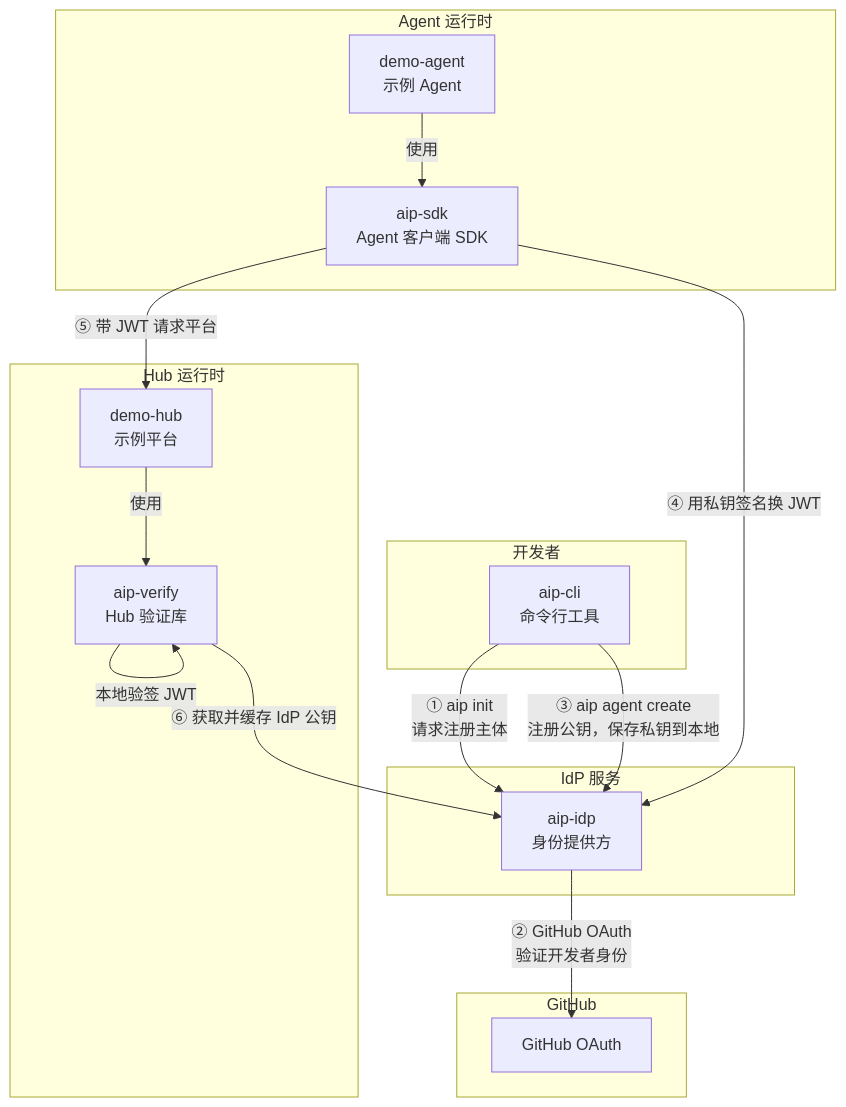
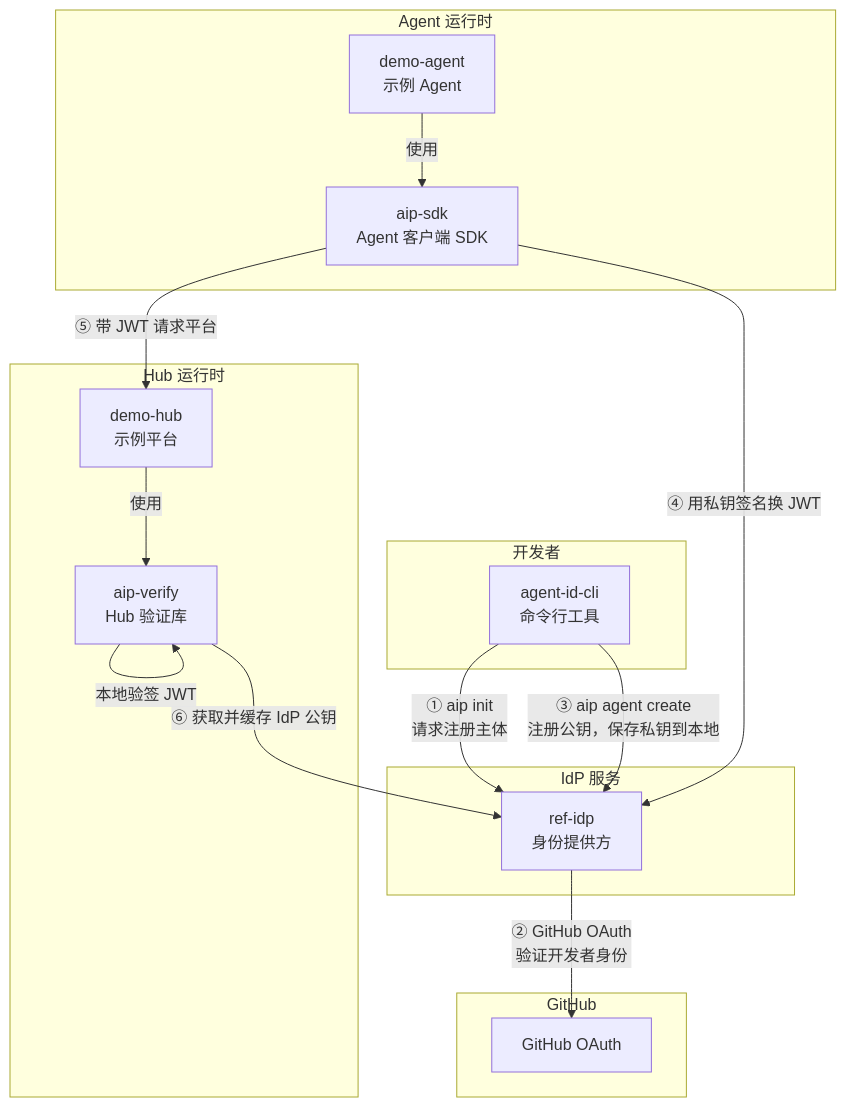
The eighth of 9 diagrams in README.md (agentscope-ai/agent-identity), drawn with Mermaid before and after one commit. The commit also changed other lines of this file and 67 other files, not shown here.

````diff
--- a/README.md
+++ b/README.md
@@ -265,36 +265,36 @@
 ```mermaid
 graph TB
     subgraph 开发者
-        CLI["aip-cli<br/>命令行工具"]
+        CLI["agent-id-cli<br/>命令行工具"]
     end
 
     subgraph IdP 服务
-        IDP["aip-idp<br/>身份提供方"]
+        IDP["ref-idp<br/>身份提供方"]
     end
 
     subgraph GitHub
         GH["GitHub OAuth"]
     end
 
     subgraph Agent 运行时
         SDK["aip-sdk<br/>Agent 客户端 SDK"]
         AGENT["demo-agent<br/>示例 Agent"]
     end
 
     subgraph Hub 运行时
         VERIFY["aip-verify<br/>Hub 验证库"]
         HUB["demo-hub<br/>示例平台"]
     end
 
     CLI -->|"① aip init<br/>请求注册主体"| IDP
     IDP -->|"② GitHub OAuth<br/>验证开发者身份"| GH
     CLI -->|"③ aip agent create<br/>注册公钥，保存私钥到本地"| IDP
 
     SDK -->|"④ 用私钥签名换 JWT"| IDP
     AGENT -->|"使用"| SDK
     SDK -->|"⑤ 带 JWT 请求平台"| HUB
 
     HUB -->|"使用"| VERIFY
     VERIFY -->|"⑥ 获取并缓存 IdP 公钥"| IDP
     VERIFY -->|"本地验签 JWT"| VERIFY
 ```
````
